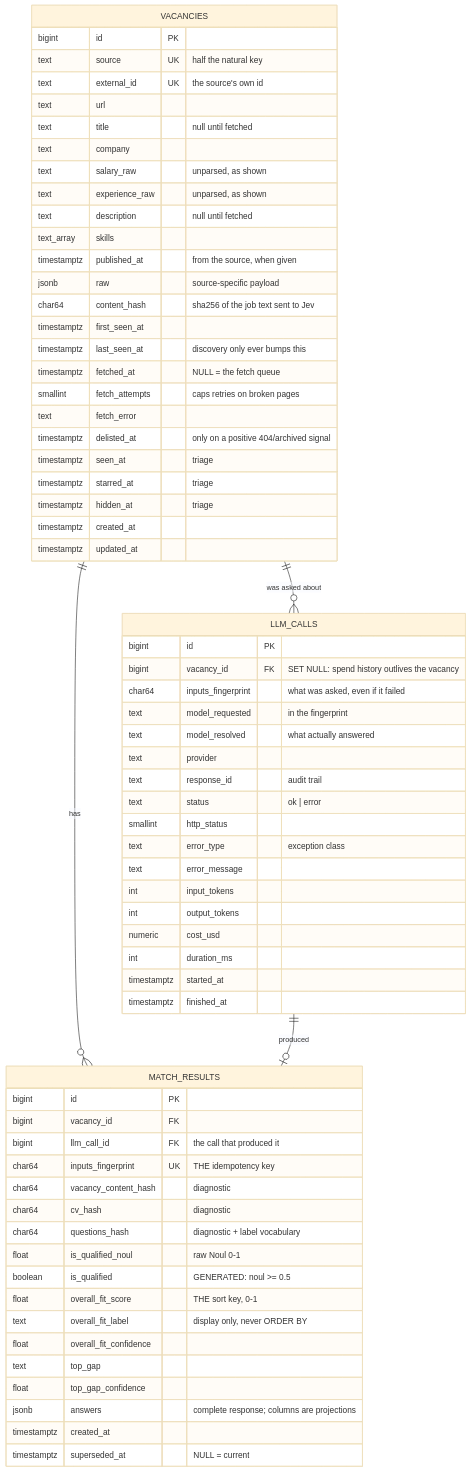
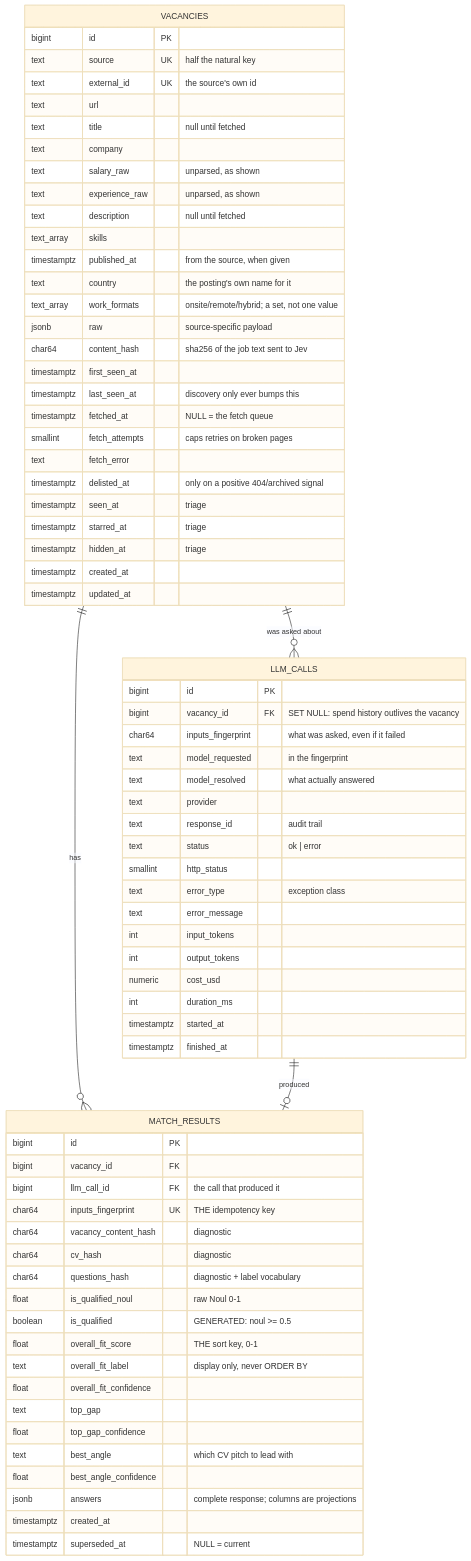
One commit to svetazol/jobmatch changed the diagram in docs/architecture.md. Above: the diagram before and after it, drawn with Mermaid (base theme). The commit also changed other lines of this file and 12 other files, not shown here.

````diff
--- a/docs/architecture.md
+++ b/docs/architecture.md
@@ -194,73 +223,77 @@
 ```mermaid
 erDiagram
     VACANCIES ||--o{ LLM_CALLS : "was asked about"
     VACANCIES ||--o{ MATCH_RESULTS : "has"
     LLM_CALLS ||--o| MATCH_RESULTS : "produced"
 
     VACANCIES {
         bigint id PK
         text source UK "half the natural key"
         text external_id UK "the source's own id"
         text url
         text title "null until fetched"
         text company
         text salary_raw "unparsed, as shown"
         text experience_raw "unparsed, as shown"
         text description "null until fetched"
         text_array skills
         timestamptz published_at "from the source, when given"
+        text country "the posting's own name for it"
+        text_array work_formats "onsite/remote/hybrid; a set, not one value"
         jsonb raw "source-specific payload"
         char64 content_hash "sha256 of the job text sent to Jev"
         timestamptz first_seen_at
         timestamptz last_seen_at "discovery only ever bumps this"
         timestamptz fetched_at "NULL = the fetch queue"
         smallint fetch_attempts "caps retries on broken pages"
         text fetch_error
         timestamptz delisted_at "only on a positive 404/archived signal"
         timestamptz seen_at "triage"
         timestamptz starred_at "triage"
         timestamptz hidden_at "triage"
         timestamptz created_at
         timestamptz updated_at
     }
 
     MATCH_RESULTS {
         bigint id PK
         bigint vacancy_id FK
         bigint llm_call_id FK "the call that produced it"
         char64 inputs_fingerprint UK "THE idempotency key"
         char64 vacancy_content_hash "diagnostic"
         char64 cv_hash "diagnostic"
         char64 questions_hash "diagnostic + label vocabulary"
         float is_qualified_noul "raw Noul 0-1"
         boolean is_qualified "GENERATED: noul >= 0.5"
         float overall_fit_score "THE sort key, 0-1"
         text overall_fit_label "display only, never ORDER BY"
         float overall_fit_confidence
         text top_gap
         float top_gap_confidence
+        text best_angle "which CV pitch to lead with"
+        float best_angle_confidence
         jsonb answers "complete response; columns are projections"
         timestamptz created_at
         timestamptz superseded_at "NULL = current"
     }
 
     LLM_CALLS {
         bigint id PK
         bigint vacancy_id FK "SET NULL: spend history outlives the vacancy"
         char64 inputs_fingerprint "what was asked, even if it failed"
         text model_requested "in the fingerprint"
         text model_resolved "what actually answered"
         text provider
         text response_id "audit trail"
         text status "ok | error"
         smallint http_status
         text error_type "exception class"
         text error_message
         int input_tokens
         int output_tokens
         numeric cost_usd
         int duration_ms
         timestamptz started_at
         timestamptz finished_at
     }
 ```
````
